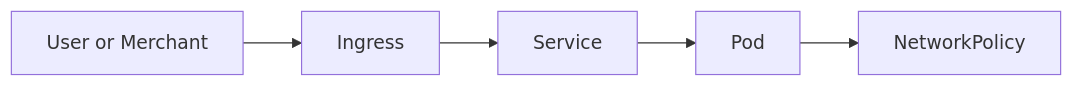
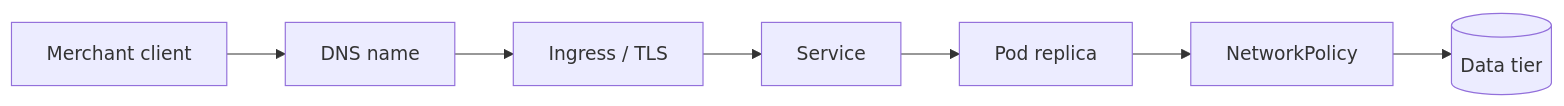
The diagram in days/day4/README.md (kumbulanit/kubernetescompr), drawn with Mermaid before and after one commit. The commit also changed other lines of this file and 26 other files, not shown here.

````diff
--- a/days/day4/README.md
+++ b/days/day4/README.md
@@ -18,7 +36,9 @@
 ```mermaid
 flowchart LR
-  User[User or Merchant] --> Ingress[Ingress]
+  User[Merchant client] --> DNS[DNS name]
+  DNS --> Ingress[Ingress / TLS]
   Ingress --> Service[Service]
-  Service --> Pod[Pod]
+  Service --> Pod[Pod replica]
   Pod --> Policy[NetworkPolicy]
+  Policy --> Data[(Data tier)]
 ```
````
